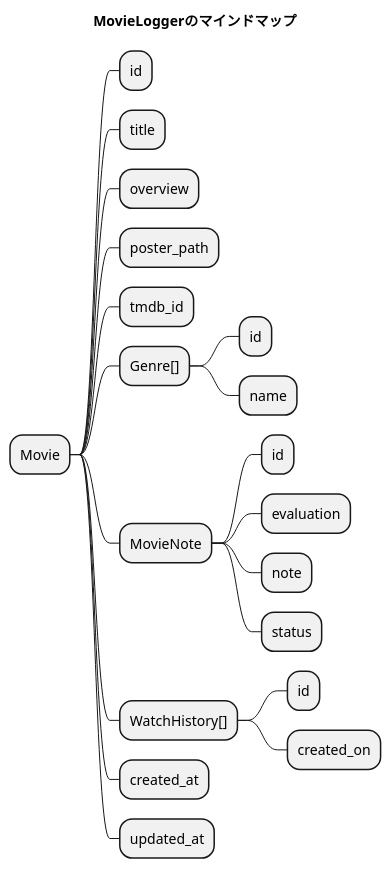
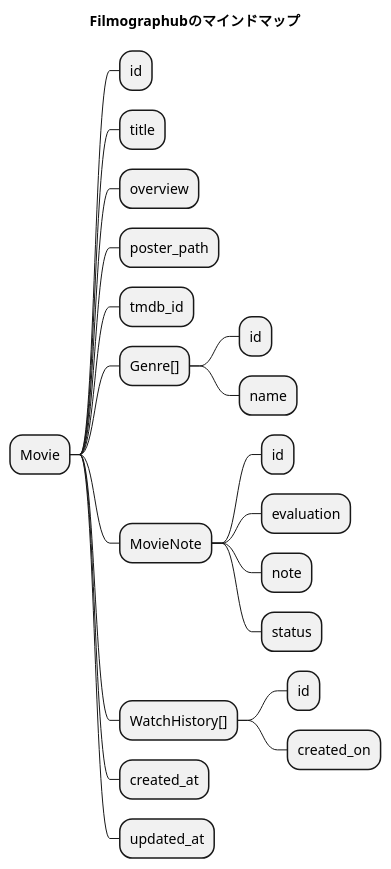
The diagram in api/docs/mindmap/mindmap.puml (takeYY/filmography), drawn with PlantUML before and after one commit. The commit also changed 12 other files, not shown here.

```diff
--- a/api/docs/mindmap/mindmap.puml
+++ b/api/docs/mindmap/mindmap.puml
@@ -1,25 +1,25 @@
 @startmindmap fig_mindmap
 
-title MovieLoggerのマインドマップ
+title Filmographubのマインドマップ
 
 * Movie
   ** id
   ** title
   ** overview
   ** poster_path
   ** tmdb_id
   ** Genre[]
     *** id
     *** name
   ** MovieNote
     *** id
     *** evaluation
     *** note
     *** status
   ** WatchHistory[]
     *** id
     *** created_on
   ** created_at
   ** updated_at
 
 @endmindmap
```
